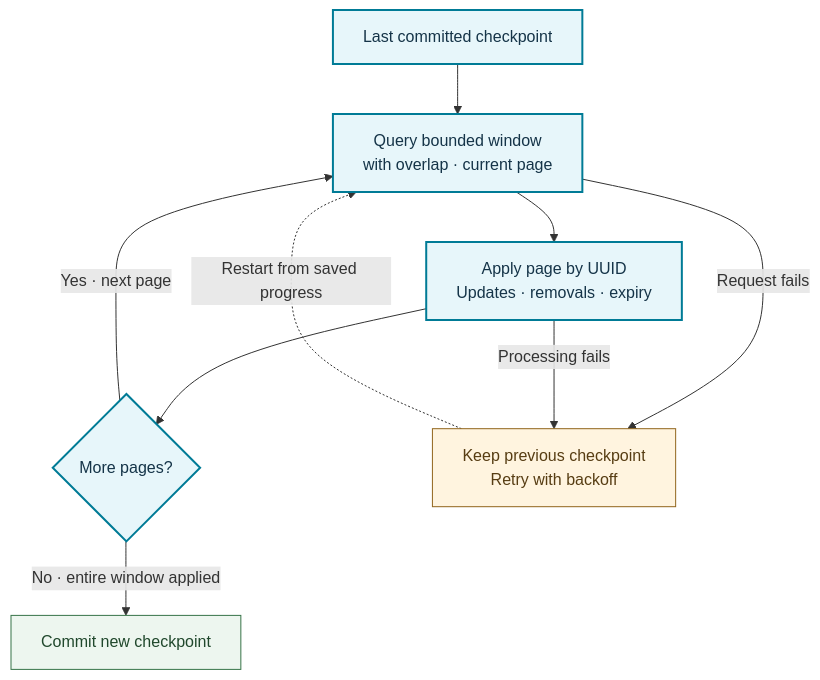
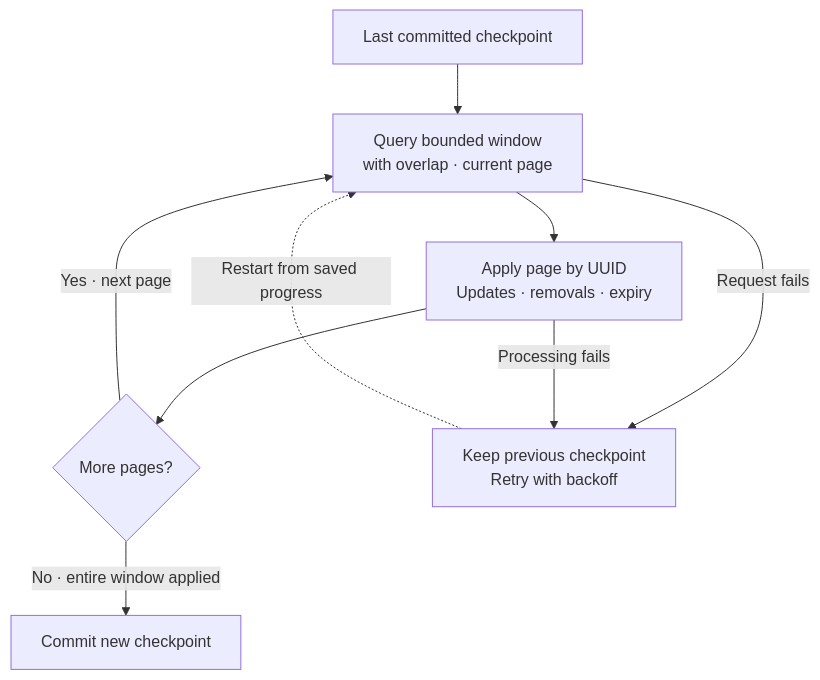
Before and after one commit to MISP/misp-book: the diagram in automation/figures/incremental-polling.mmd, drawn with Mermaid. The commit also changed 43 other files, not shown here.

Commit message:
Apply a shared MISP theme and logo to all book diagrams

```diff
--- a/automation/figures/incremental-polling.mmd
+++ b/automation/figures/incremental-polling.mmd
@@ -1,17 +1,14 @@
 flowchart TB
   accTitle: Advance a polling checkpoint after a complete successful window
   accDescr: Read the last committed checkpoint, query a bounded overlapping window and process every page by UUID. Fetch more pages until the window is complete, then save the new checkpoint. On a query or processing failure, retain the previous checkpoint and retry idempotently. Periodic reconciliation is still required for changes that disappear from the query scope.
   S["Last committed checkpoint"] --> Q["Query bounded window<br/>with overlap · current page"]
   Q --> P["Apply page by UUID<br/>Updates · removals · expiry"]
   P --> M{"More pages?"}
   M -->|"Yes · next page"| Q
   M -->|"No · entire window applied"| C["Commit new checkpoint"]
   Q -->|"Request fails"| R["Keep previous checkpoint<br/>Retry with backoff"]
   P -->|"Processing fails"| R
   R -. "Restart from saved progress" .-> Q
-  classDef stage fill:#e7f6fa,stroke:#007b96,color:#153448,stroke-width:2px;
-  classDef success fill:#edf6ef,stroke:#377448,color:#20482c;
-  classDef retry fill:#fff4df,stroke:#91651c,color:#573d13;
-  class S,Q,P,M stage;
+  class S,Q,P,M accent;
   class C success;
-  class R retry;
+  class R caution;
```
